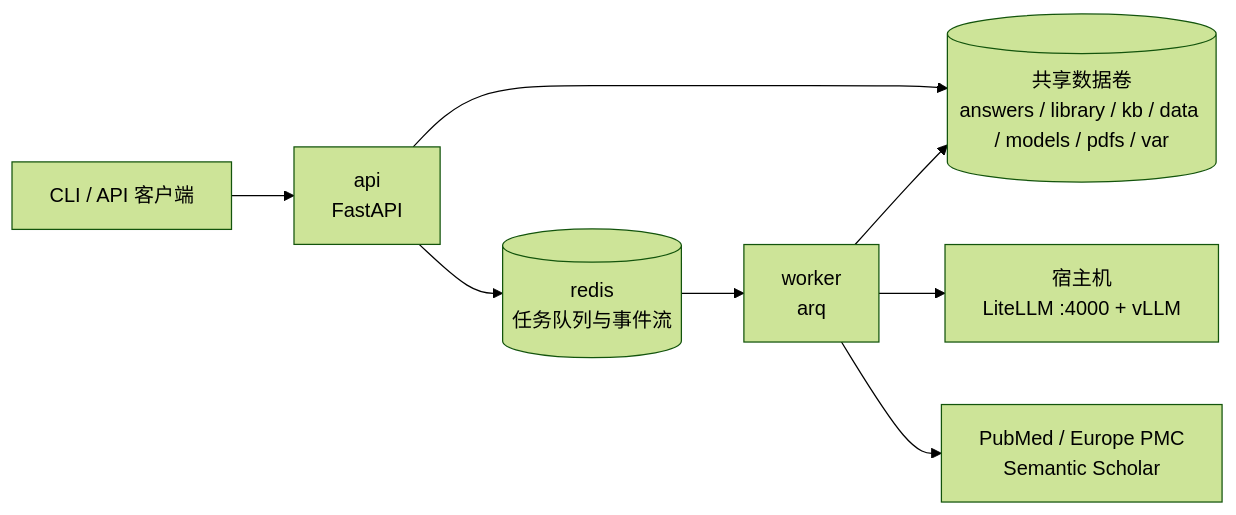
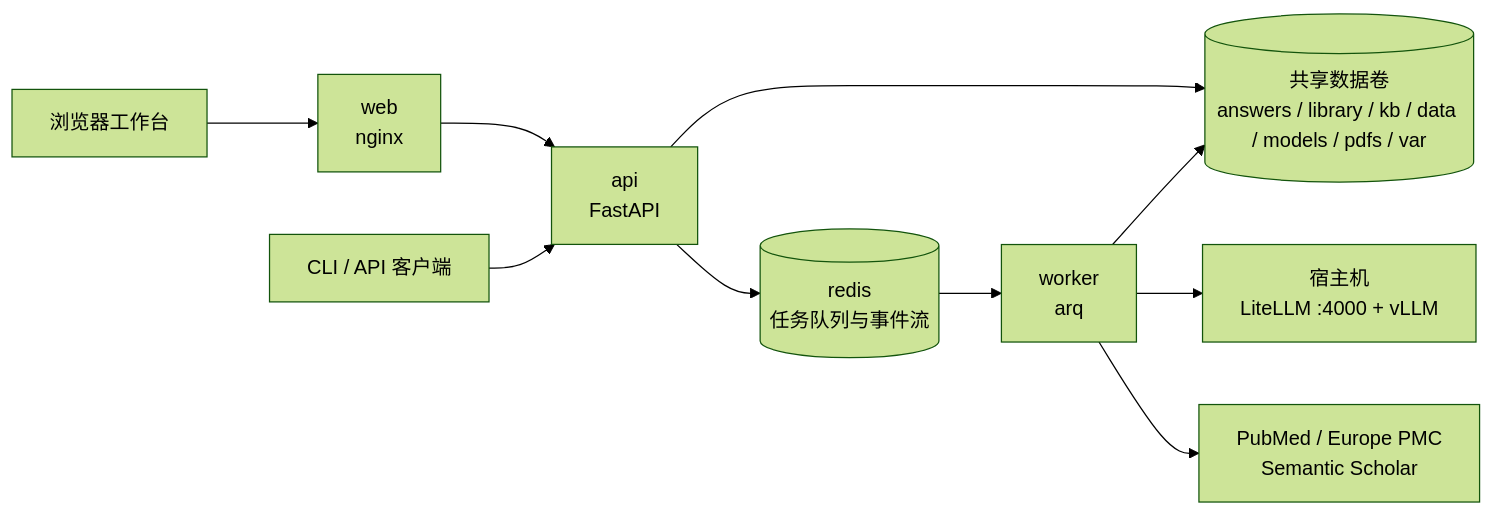
The diagram in README.md (Lynricsy/YAOpenEvidence), drawn with Mermaid (forest theme) before and after one commit. The commit also changed other lines of this file and 6 other files, not shown here.

Commit message:
feat(web): ✨ 部署同源 nginx 工作台并拆分路由

````diff
--- a/README.md
+++ b/README.md
@@ -27,18 +31,22 @@
 ```mermaid
 flowchart LR
     Client[CLI / API 客户端]
+    Browser[浏览器工作台]
+    Web[web<br/>nginx]
     API[api<br/>FastAPI]
     Redis[(redis<br/>任务队列与事件流)]
     Worker[worker<br/>arq]
     Data[(共享数据卷<br/>answers / library / kb / data / models / pdfs / var)]
     LLM[宿主机<br/>LiteLLM :4000 + vLLM]
     Sources[PubMed / Europe PMC<br/>Semantic Scholar]
 
+    Browser --> Web
+    Web --> API
     Client --> API
     API --> Redis
     Redis --> Worker
     API --> Data
     Worker --> Data
     Worker --> LLM
     Worker --> Sources
 ```
````
